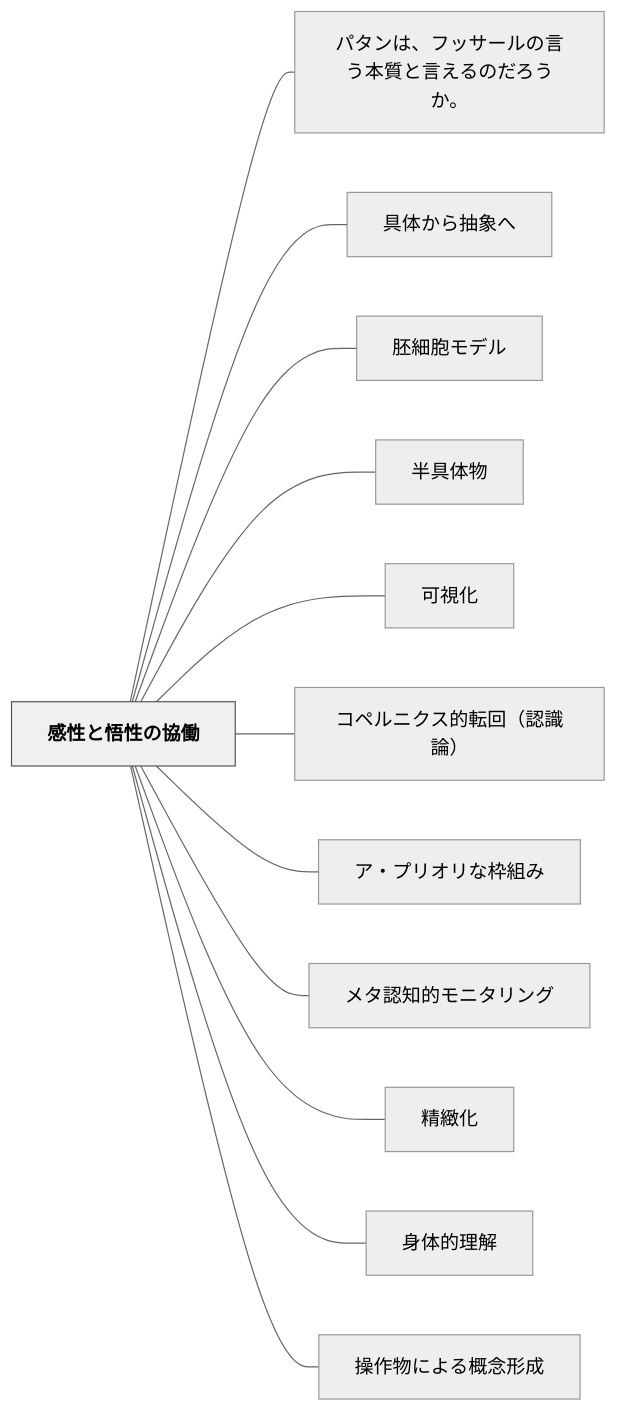
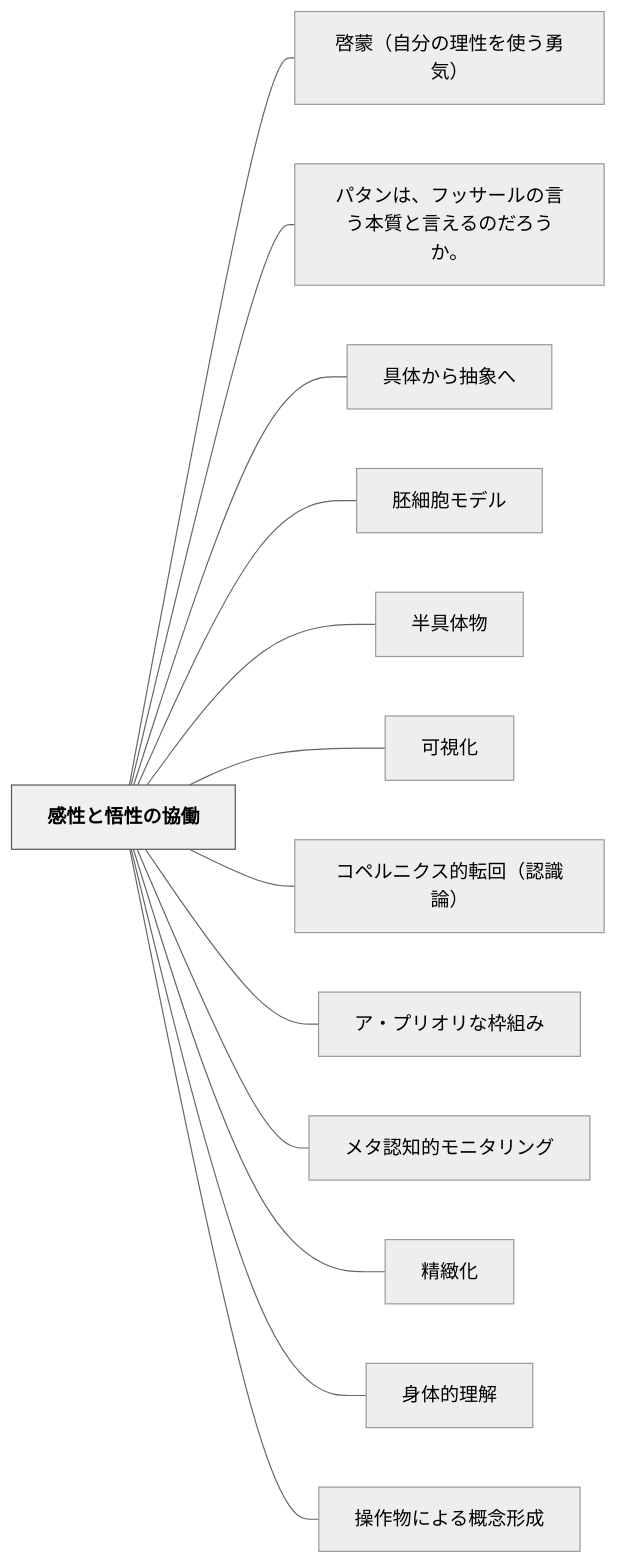
The diagram in content/パタン/感性と悟性の協働.md (unknownthings-ed-patterns/unknownthings-ed-patterns), drawn with Mermaid (neutral theme) before and after one commit. The commit also changed other lines of this file and 16 other files, not shown here.

````diff
--- a/content/パタン/感性と悟性の協働.md
+++ b/content/パタン/感性と悟性の協働.md
@@ -132,30 +133,32 @@
 ```mermaid
 flowchart LR
     ne6849fe680a7e381a8e6829fe680a7e381aee58d94e5838d["感性と悟性の協働"]
+    ne59593e89299efbc88e887aae58886e381aee79086e680a7e38292e4bdbfe38186e58b87e6b097efbc89["啓蒙（自分の理性を使う勇気）"]
     ne38391e382bfe383b3e381afe38081e38395e38383e382b5e383bce383abe381aee8a880e38186e69cace8b3aae381a8e8a880e38188e3828be381aee381a0e3828de38186e3818be38082["パタンは、フッサールの言う本質と言えるのだろうか。"]
     ne585b7e4bd93e3818be38289e68abde8b1a1e381b8["具体から抽象へ"]
     ne8839ae7b4b0e8839ee383a2e38387e383ab["胚細胞モデル"]
     ne58d8ae585b7e4bd93e789a9["半具体物"]
     ne58fafe8a696e58c96["可視化"]
     ne382b3e3839ae383abe3838be382afe382b9e79a84e8bba2e59b9eefbc88e8aa8de8ad98e8ab96efbc89["コペルニクス的転回（認識論）"]
     ne382a2e383bbe38397e383aae382aae383aae381aae69ea0e7b584e381bf["ア・プリオリな枠組み"]
     ne383a1e382bfe8aa8de79fa5e79a84e383a2e3838be382bfe383aae383b3e382b0["メタ認知的モニタリング"]
     ne7b2bee7b7bbe58c96["精緻化"]
     ne8baabe4bd93e79a84e79086e8a7a3["身体的理解"]
     ne6938de4bd9ce789a9e381abe38288e3828be6a682e5bfb5e5bda2e68890["操作物による概念形成"]
 
+    ne6849fe680a7e381a8e6829fe680a7e381aee58d94e5838d --- ne59593e89299efbc88e887aae58886e381aee79086e680a7e38292e4bdbfe38186e58b87e6b097efbc89
     ne6849fe680a7e381a8e6829fe680a7e381aee58d94e5838d --- ne38391e382bfe383b3e381afe38081e38395e38383e382b5e383bce383abe381aee8a880e38186e69cace8b3aae381a8e8a880e38188e3828be381aee381a0e3828de38186e3818be38082
     ne6849fe680a7e381a8e6829fe680a7e381aee58d94e5838d --- ne585b7e4bd93e3818be38289e68abde8b1a1e381b8
     ne6849fe680a7e381a8e6829fe680a7e381aee58d94e5838d --- ne8839ae7b4b0e8839ee383a2e38387e383ab
     ne6849fe680a7e381a8e6829fe680a7e381aee58d94e5838d --- ne58d8ae585b7e4bd93e789a9
     ne6849fe680a7e381a8e6829fe680a7e381aee58d94e5838d --- ne58fafe8a696e58c96
     ne6849fe680a7e381a8e6829fe680a7e381aee58d94e5838d --- ne382b3e3839ae383abe3838be382afe382b9e79a84e8bba2e59b9eefbc88e8aa8de8ad98e8ab96efbc89
     ne6849fe680a7e381a8e6829fe680a7e381aee58d94e5838d --- ne382a2e383bbe38397e383aae382aae383aae381aae69ea0e7b584e381bf
     ne6849fe680a7e381a8e6829fe680a7e381aee58d94e5838d --- ne383a1e382bfe8aa8de79fa5e79a84e383a2e3838be382bfe383aae383b3e382b0
     ne6849fe680a7e381a8e6829fe680a7e381aee58d94e5838d --- ne7b2bee7b7bbe58c96
     ne6849fe680a7e381a8e6829fe680a7e381aee58d94e5838d --- ne8baabe4bd93e79a84e79086e8a7a3
     ne6849fe680a7e381a8e6829fe680a7e381aee58d94e5838d --- ne6938de4bd9ce789a9e381abe38288e3828be6a682e5bfb5e5bda2e68890
 
     classDef hub fill:#f0f0f0,stroke:#555,color:#000,font-weight:bold
     class ne6849fe680a7e381a8e6829fe680a7e381aee58d94e5838d hub
 ```
````
